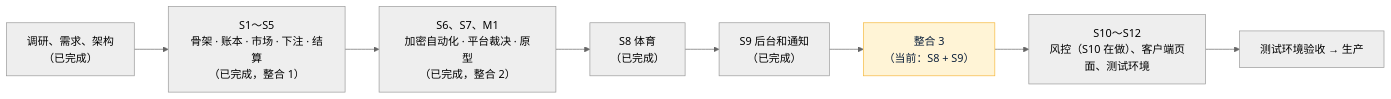
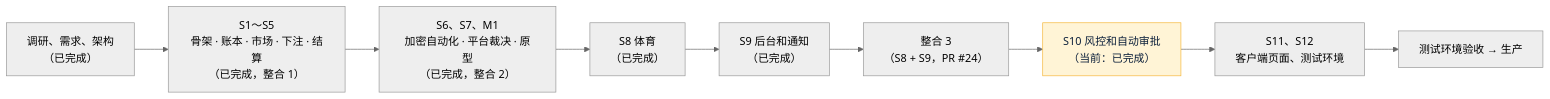
Before and after one commit to dollar3651314/forecast: the diagram in 项目地图.md, drawn with Mermaid (neutral theme). The commit also changed other lines of this file and 94 other files, not shown here.

````diff
--- a/项目地图.md
+++ b/项目地图.md
@@ -11,5 +11,5 @@
 ```mermaid
 flowchart LR
-    R["调研、需求、架构<br/>（已完成）"] --> S1["S1～S5<br/>骨架 · 账本 · 市场 · 下注 · 结算<br/>（已完成，整合 1）"] --> S6["S6、S7、M1<br/>加密自动化 · 平台裁决 · 原型<br/>（已完成，整合 2）"] --> S8["S8 体育<br/>（已完成）"] --> S9["S9 后台和通知<br/>（已完成）"] --> INT["整合 3<br/>（当前：S8 + S9）"]:::now --> S10["S10～S12<br/>风控（S10 在做）、客户端页面、测试环境"] --> T["测试环境验收 → 生产"]
+    R["调研、需求、架构<br/>（已完成）"] --> S1["S1～S5<br/>骨架 · 账本 · 市场 · 下注 · 结算<br/>（已完成，整合 1）"] --> S6["S6、S7、M1<br/>加密自动化 · 平台裁决 · 原型<br/>（已完成，整合 2）"] --> S8["S8 体育<br/>（已完成）"] --> S9["S9 后台和通知<br/>（已完成）"] --> INT["整合 3<br/>（S8 + S9，PR #24）"] --> S10["S10 风控和自动审批<br/>（当前：已完成）"]:::now --> S11["S11、S12<br/>客户端页面、测试环境"] --> T["测试环境验收 → 生产"]
     classDef now fill:#FFF4D6,stroke:#F5B83D,color:#0B1F3A
 ```
````
